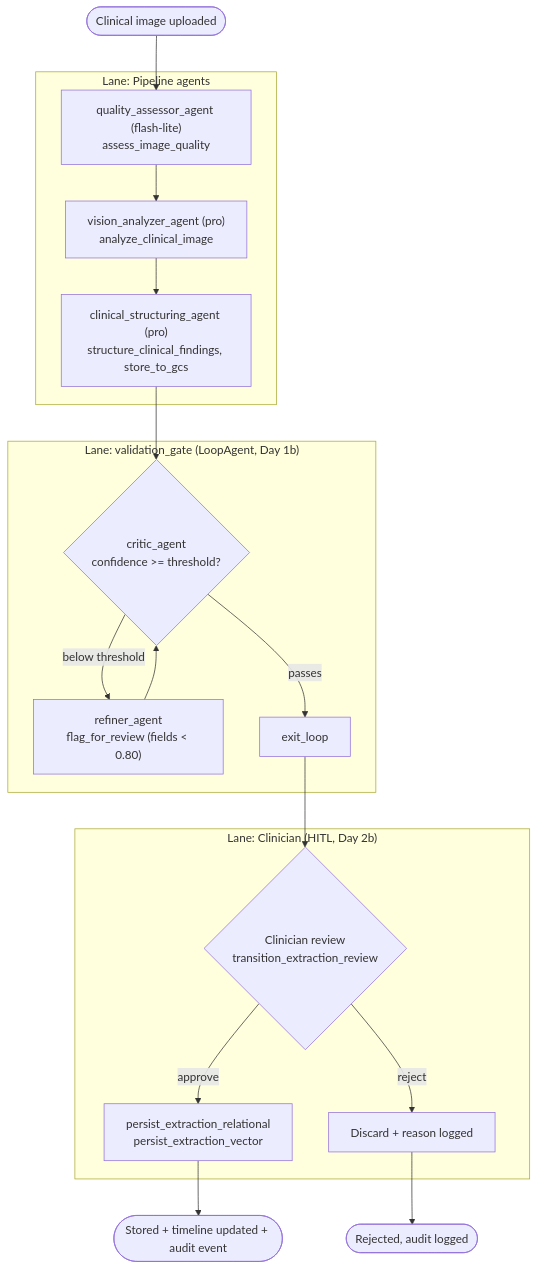
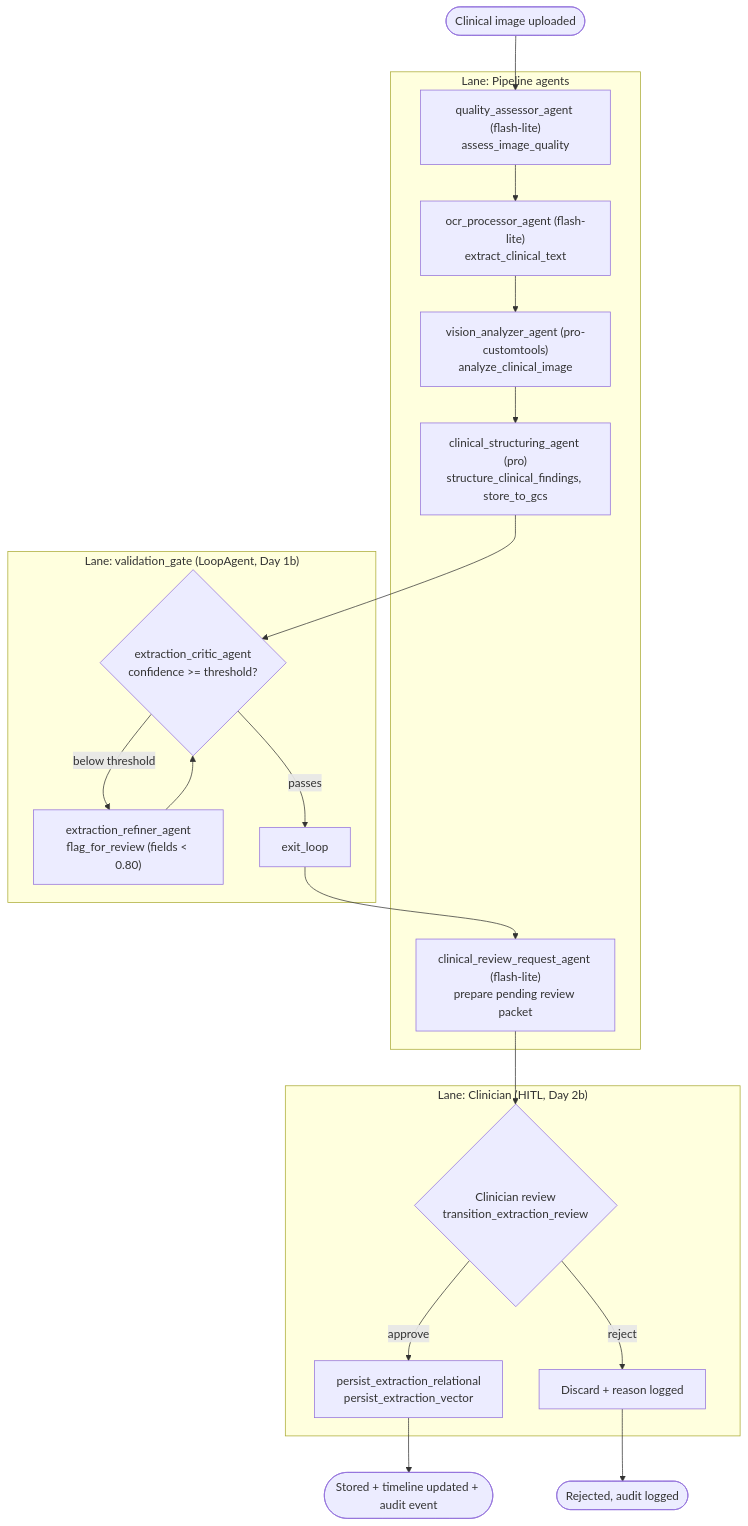
Before and after one commit to GeorgiNaydenov/Google-Capstone-Project: the diagram in Project Wiki/03 Processes/Image Extraction Pipeline.md, drawn with Mermaid. The commit also changed other lines of this file and 290 other files, not shown here.

````diff
--- a/Project Wiki/03 Processes/Image Extraction Pipeline.md
+++ b/Project Wiki/03 Processes/Image Extraction Pipeline.md
@@ -17,26 +17,28 @@
 ```mermaid
 flowchart TD
     subgraph LANE_AG["Lane: Pipeline agents"]
         QA["quality_assessor_agent (flash-lite)<br/>assess_image_quality"]
-        VA["vision_analyzer_agent (pro)<br/>analyze_clinical_image"]
+        OCR["ocr_processor_agent (flash-lite)<br/>extract_clinical_text"]
+        VA["vision_analyzer_agent (pro-customtools)<br/>analyze_clinical_image"]
         CS["clinical_structuring_agent (pro)<br/>structure_clinical_findings, store_to_gcs"]
+        RR["clinical_review_request_agent (flash-lite)<br/>prepare pending review packet"]
     end
 
     subgraph LANE_LOOP["Lane: validation_gate (LoopAgent, Day 1b)"]
-        CRIT{critic_agent<br/>confidence >= threshold?}
-        REF["refiner_agent<br/>flag_for_review (fields < 0.80)"]
+        CRIT{extraction_critic_agent<br/>confidence >= threshold?}
+        REF["extraction_refiner_agent<br/>flag_for_review (fields < 0.80)"]
         EXIT["exit_loop"]
     end
 
     subgraph LANE_HITL["Lane: Clinician (HITL, Day 2b)"]
         GATE{Clinician review<br/>transition_extraction_review}
         PERSIST["persist_extraction_relational<br/>persist_extraction_vector"]
         DISCARD["Discard + reason logged"]
     end
 
-    START([Clinical image uploaded]) --> QA --> VA --> CS --> CRIT
+    START([Clinical image uploaded]) --> QA --> OCR --> VA --> CS --> CRIT
     CRIT -->|below threshold| REF --> CRIT
-    CRIT -->|passes| EXIT --> GATE
+    CRIT -->|passes| EXIT --> RR --> GATE
     GATE -->|approve| PERSIST --> DONE([Stored + timeline updated + audit event])
     GATE -->|reject| DISCARD --> DONE2([Rejected, audit logged])
 ```
````
